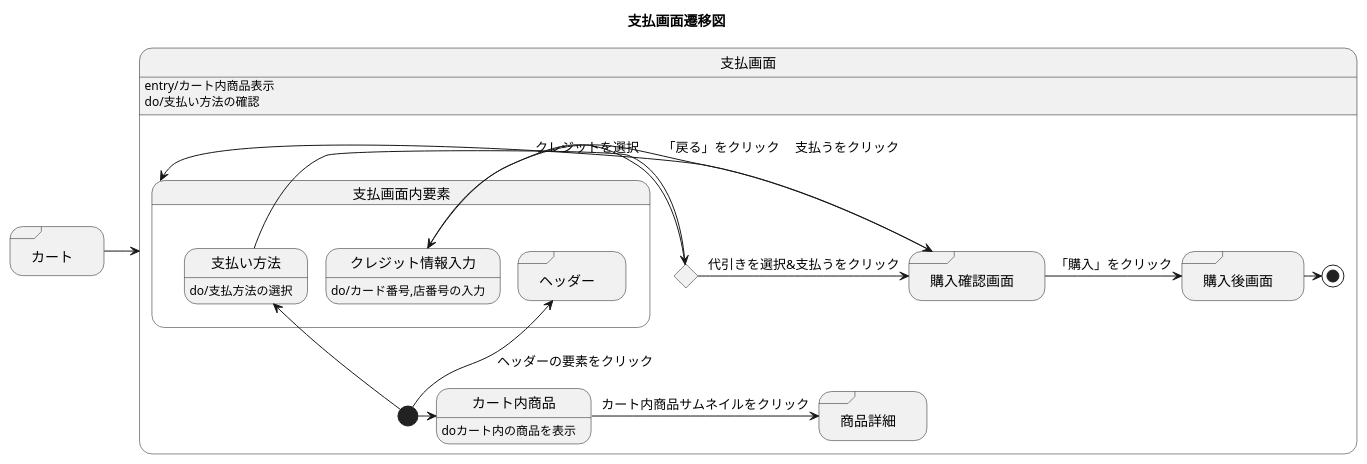
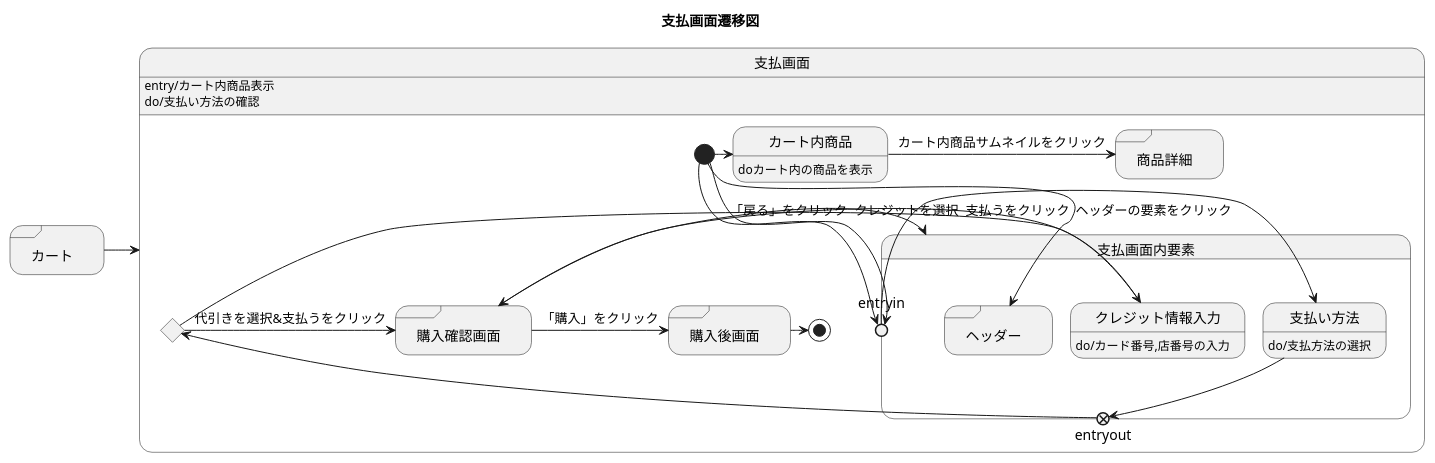
Before and after one commit to akutori/T-D-E: the diagram in 支払画面.md, drawn with PlantUML.

Commit message:
試験的に入出力ぴんをついか

````diff
--- a/支払画面.md
+++ b/支払画面.md
@@ -1,39 +1,44 @@
 ```uml
 @startuml
 title 支払画面遷移図
 state 支払画面:entry/カート内商品表示
 state 支払画面:do/支払い方法の確認
 state "カート" as cart <<sdlreceive>>
 
 cart->支払画面
 
 state 支払画面{
     state input <<choice>>
 
     state "購入確認画面" as PurchaseConfirmation <<sdlreceive>>
     state "商品詳細" as detail <<sdlreceive>>
     state "購入後画面" as boughtpage <<sdlreceive>>
 
     state カート内商品:doカート内の商品を表示
 
     state 支払画面内要素{
         state "ヘッダー" as headder <<sdlreceive>>
         state 支払い方法:do/支払方法の選択
         state クレジット情報入力:do/カード番号,店番号の入力
+        state entryin <<entrypoint>>
+        state entryout <<exitpoint>>
     
     }
-
-    [*]-left->支払い方法
+    [*] --> entryin  
+    entryin -left-> 支払い方法
     [*]->カート内商品
-    [*]-up->headder : ヘッダーの要素をクリック
-    支払い方法-->input
+    [*]-->entryin
+    [*]-->headder : ヘッダーの要素をクリック
+    支払い方法-->entryout
+    entryout->input
+    
     input-> PurchaseConfirmation : 代引きを選択&支払うをクリック
     input--> クレジット情報入力 : クレジットを選択
     クレジット情報入力 -> PurchaseConfirmation : 支払うをクリック
     カート内商品->detail : カート内商品サムネイルをクリック
     PurchaseConfirmation -> boughtpage : 「購入」をクリック
     PurchaseConfirmation -> 支払画面内要素 : 「戻る」をクリック
     boughtpage ->[*]
 }
 @enduml
 ```
````
